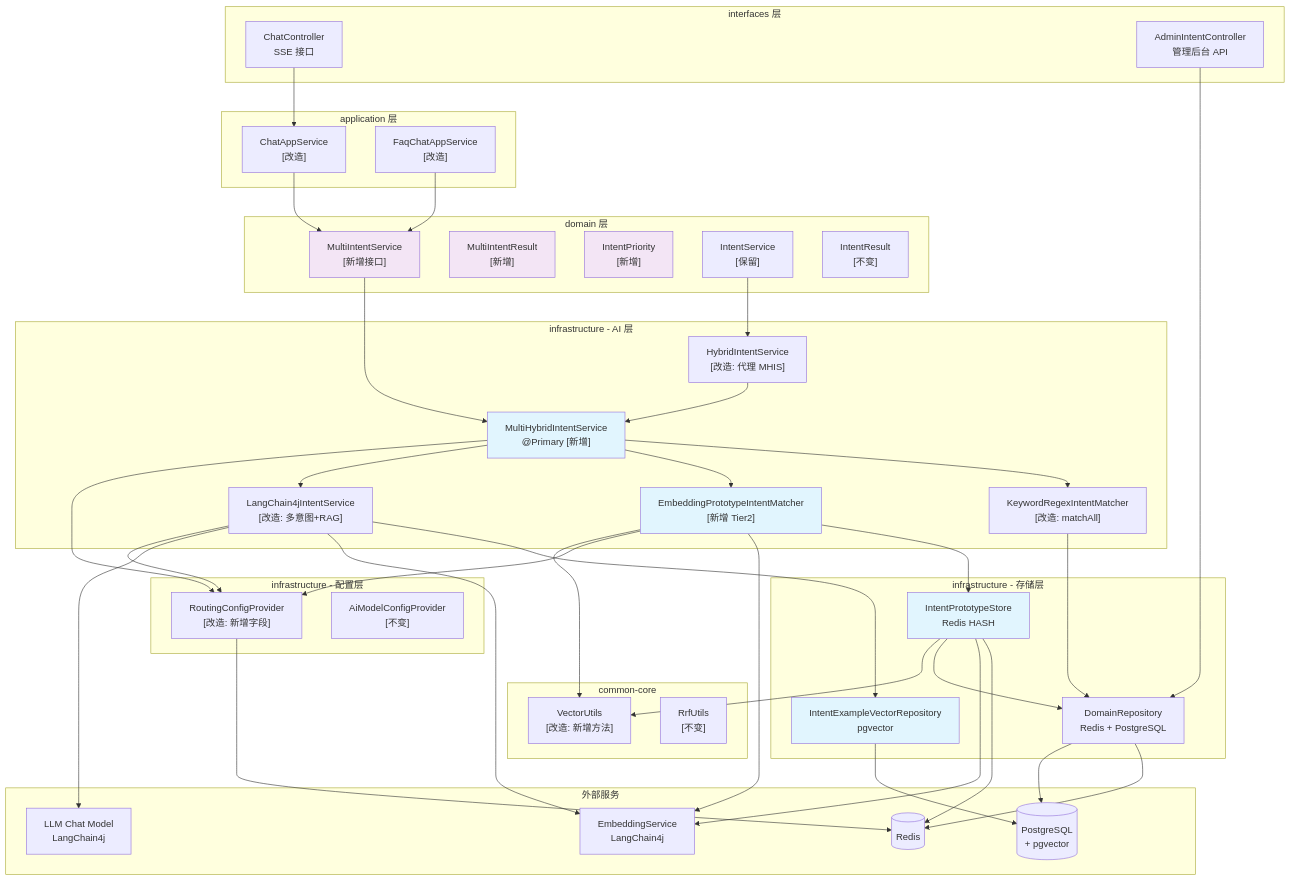
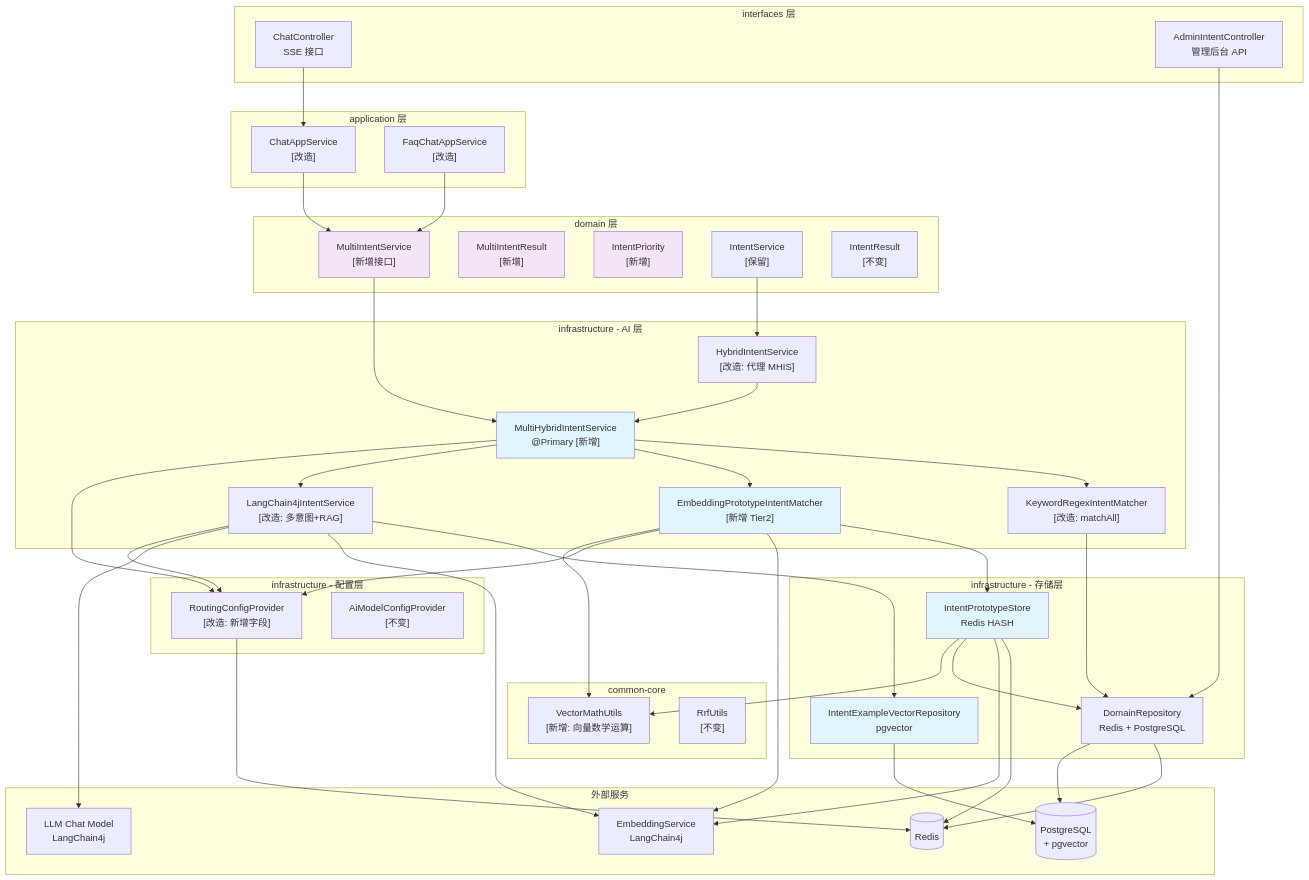
The third of 3 diagrams in docs/superpowers/specs/2026-07-28-multi-intent-longtail-design.md (lycodeing/aria-server), drawn with Mermaid before and after one commit. The commit also changed other lines of this file, not shown here.

```diff
--- a/docs/superpowers/specs/2026-07-28-multi-intent-longtail-design.md
+++ b/docs/superpowers/specs/2026-07-28-multi-intent-longtail-design.md
@@ -2250,7 +2266,7 @@
     end
 
     subgraph "common-core"
-        VU["VectorUtils\n[改造: 新增方法]"]
+        VU["VectorMathUtils\n[新增: 向量数学运算]"]
         RRF["RrfUtils\n[不变]"]
     end
 
```
